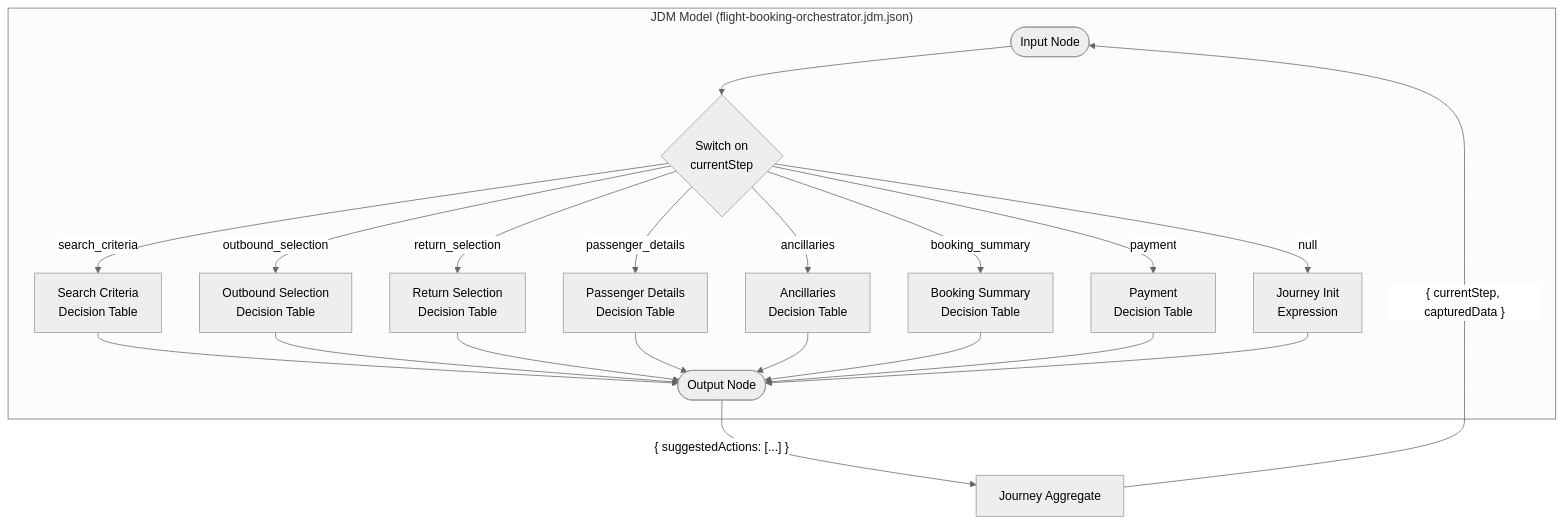
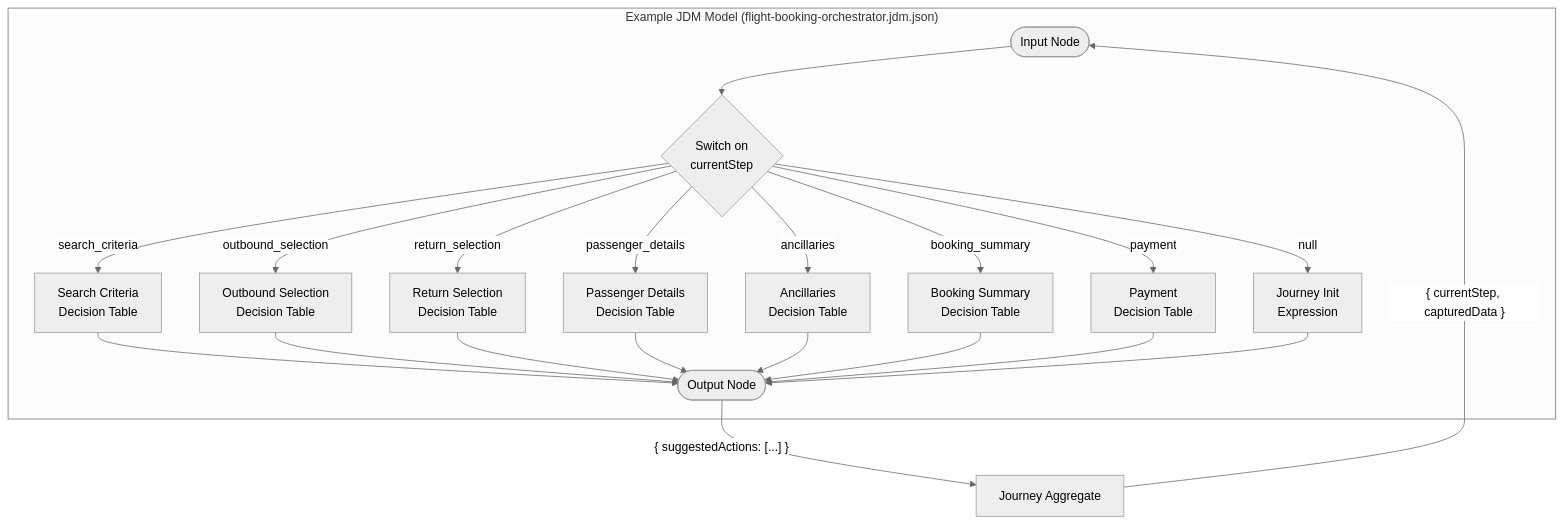
Before and after one commit to redbadger/journey_dynamics: the fifth of 11 diagrams in docs/ARCHITECTURE_REVIEW.md, drawn with Mermaid (neutral theme). The commit also changed other lines of this file, not shown here.

Commit message:
doc(architecture): example is separate from core

````diff
--- a/docs/ARCHITECTURE_REVIEW.md
+++ b/docs/ARCHITECTURE_REVIEW.md
@@ -269,26 +271,26 @@
 ```mermaid
 graph TD
-    subgraph JDM["JDM Model (flight-booking-orchestrator.jdm.json)"]
+    subgraph JDM["Example JDM Model (flight-booking-orchestrator.jdm.json)"]
         IN([Input Node]) --> SW{Switch on<br/>currentStep}
         SW -->|"search_criteria"| SC["Search Criteria<br/>Decision Table"]
         SW -->|"outbound_selection"| OS["Outbound Selection<br/>Decision Table"]
         SW -->|"return_selection"| RS["Return Selection<br/>Decision Table"]
         SW -->|"passenger_details"| PD["Passenger Details<br/>Decision Table"]
         SW -->|"ancillaries"| AN["Ancillaries<br/>Decision Table"]
         SW -->|"booking_summary"| BS["Booking Summary<br/>Decision Table"]
         SW -->|"payment"| PM["Payment<br/>Decision Table"]
         SW -->|null| INIT["Journey Init<br/>Expression"]
 
         SC --> OUT([Output Node])
         OS --> OUT
         RS --> OUT
         PD --> OUT
         AN --> OUT
         BS --> OUT
         PM --> OUT
         INIT --> OUT
     end
 
     AGG["Journey Aggregate"] -- "{ currentStep, capturedData }" --> IN
     OUT -- "{ suggestedActions: [...] }" --> AGG
 ```
````
